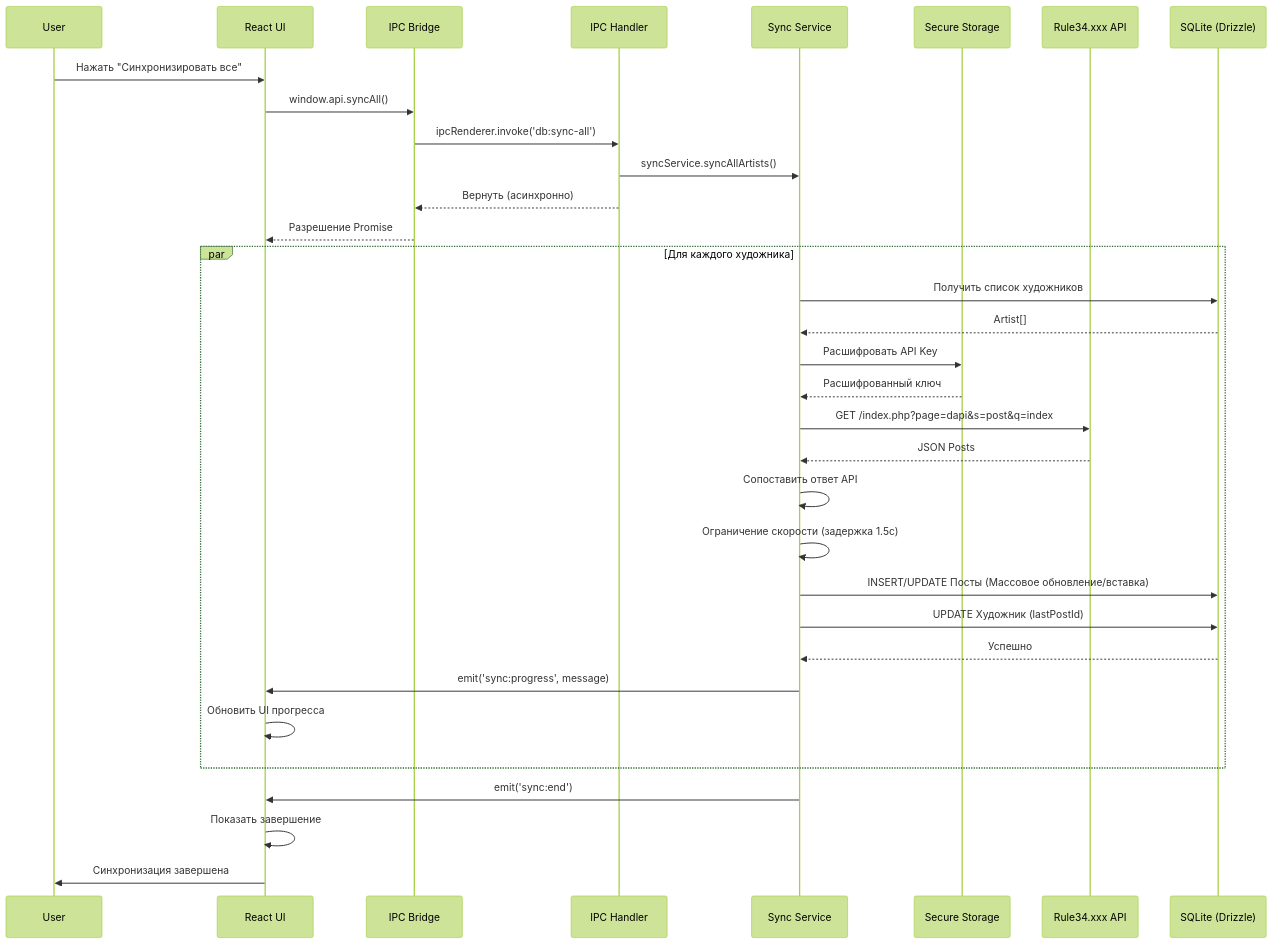
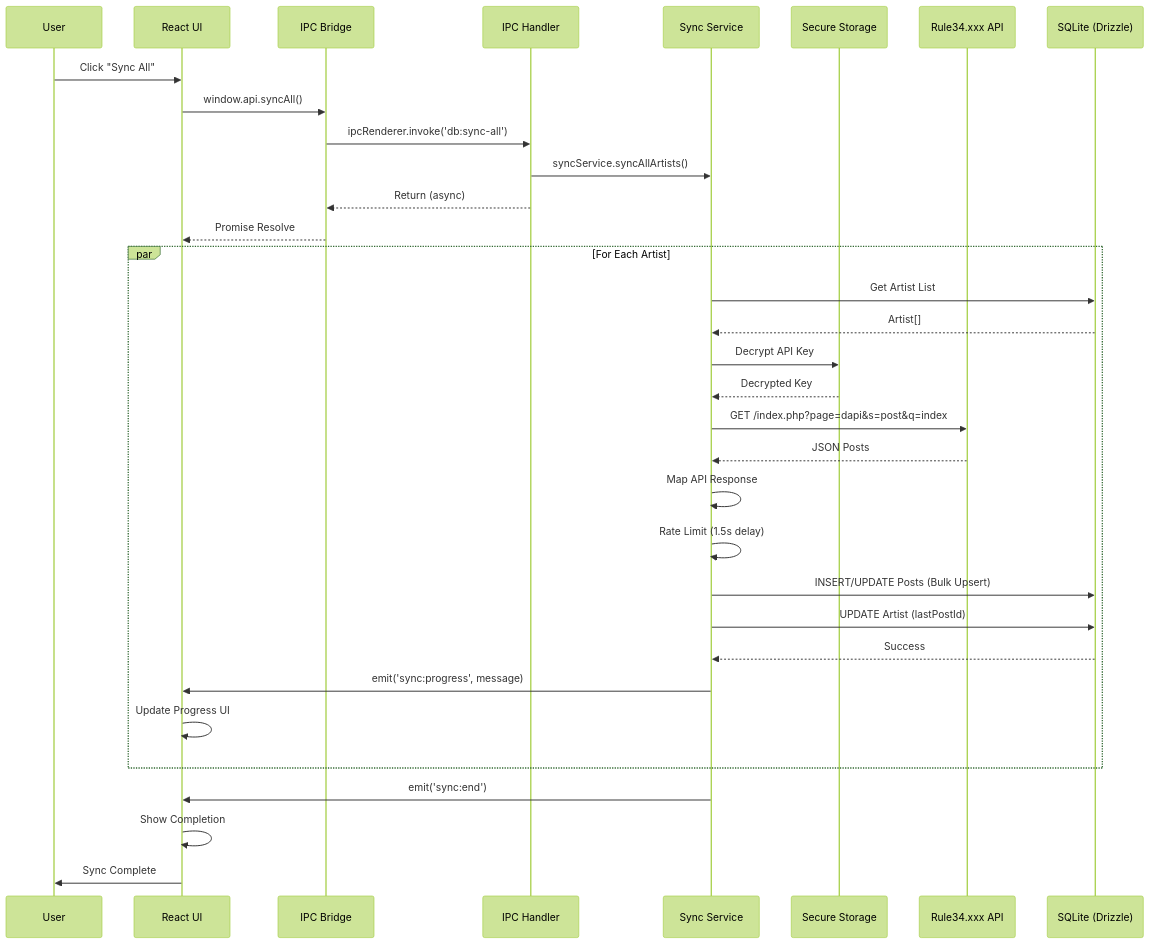
The ninth of 11 diagrams in .docs-i18n/ru/docs/architecture.md (KazeKaze93/RuleDesk), drawn with Mermaid (forest theme) before and after one commit. The commit also changed other lines of this file and 8 other files, not shown here.

````diff
--- a/.docs-i18n/ru/docs/architecture.md
+++ b/.docs-i18n/ru/docs/architecture.md
@@ -1032,43 +1041,43 @@
 ```mermaid
 sequenceDiagram
     participant User
     participant ReactUI as React UI
     participant Bridge as IPC Bridge
     participant IPC as IPC Handler
     participant SyncService as Sync Service
     participant SecureStorage as Secure Storage
     participant Rule34API as Rule34.xxx API
     participant DB as SQLite (Drizzle)
 
-    User->>ReactUI: Нажать "Синхронизировать все"
+    User->>ReactUI: Click "Sync All"
     ReactUI->>Bridge: window.api.syncAll()
     Bridge->>IPC: ipcRenderer.invoke('db:sync-all')
     IPC->>SyncService: syncService.syncAllArtists()
-    IPC-->>Bridge: Вернуть (асинхронно)
-    Bridge-->>ReactUI: Разрешение Promise
+    IPC-->>Bridge: Return (async)
+    Bridge-->>ReactUI: Promise Resolve
 
-    par Для каждого художника
-        SyncService->>DB: Получить список художников
+    par For Each Artist
+        SyncService->>DB: Get Artist List
         DB-->>SyncService: Artist[]
 
-        SyncService->>SecureStorage: Расшифровать API Key
-        SecureStorage-->>SyncService: Расшифрованный ключ
+        SyncService->>SecureStorage: Decrypt API Key
+        SecureStorage-->>SyncService: Decrypted Key
 
         SyncService->>Rule34API: GET /index.php?page=dapi&s=post&q=index
         Rule34API-->>SyncService: JSON Posts
 
-        SyncService->>SyncService: Сопоставить ответ API
-        SyncService->>SyncService: Ограничение скорости (задержка 1.5с)
+        SyncService->>SyncService: Map API Response
+        SyncService->>SyncService: Rate Limit (1.5s delay)
 
-        SyncService->>DB: INSERT/UPDATE Посты (Массовое обновление/вставка)
-        SyncService->>DB: UPDATE Художник (lastPostId)
-        DB-->>SyncService: Успешно
+        SyncService->>DB: INSERT/UPDATE Posts (Bulk Upsert)
+        SyncService->>DB: UPDATE Artist (lastPostId)
+        DB-->>SyncService: Success
 
         SyncService->>ReactUI: emit('sync:progress', message)
-        ReactUI->>ReactUI: Обновить UI прогресса
+        ReactUI->>ReactUI: Update Progress UI
     end
 
     SyncService->>ReactUI: emit('sync:end')
-    ReactUI->>ReactUI: Показать завершение
-    ReactUI->>User: Синхронизация завершена
+    ReactUI->>ReactUI: Show Completion
+    ReactUI->>User: Sync Complete
 ```
````
